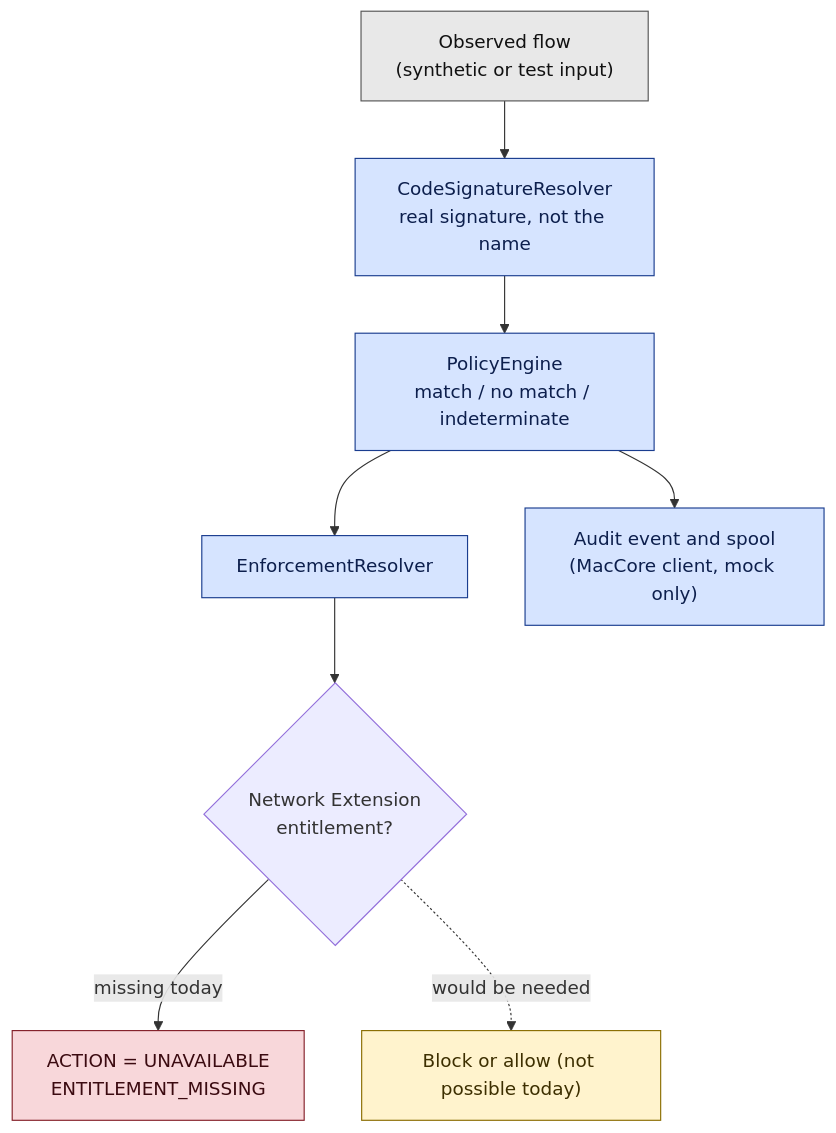
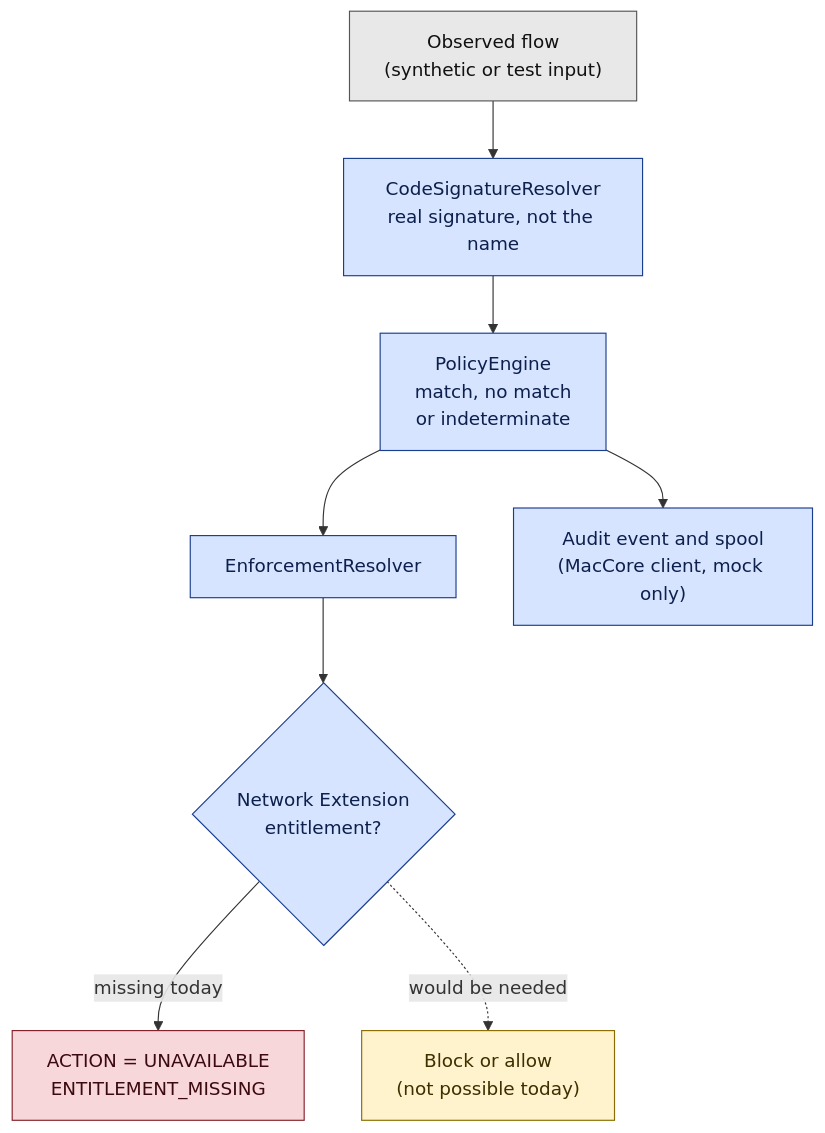
Before and after one commit to MacGuard/macguard-yara-channel: the diagram in docs/wiki/diagrams/firewall-decision.mmd, drawn with Mermaid. The commit also changed 120 other files, not shown here.

```diff
--- a/docs/wiki/diagrams/firewall-decision.mmd
+++ b/docs/wiki/diagrams/firewall-decision.mmd
@@ -1,12 +1,12 @@
 flowchart TB
   A["Observed flow<br/>(synthetic or test input)"]:::inp --> B["CodeSignatureResolver<br/>real signature, not the name"]:::ok
-  B --> C["PolicyEngine<br/>match / no match / indeterminate"]:::ok
+  B --> C["PolicyEngine<br/>match, no match<br/>or indeterminate"]:::ok
   C --> D["EnforcementResolver"]:::ok
-  D --> E{"Network Extension<br/>entitlement?"}
+  D --> E{"Network Extension<br/>entitlement?"}:::ok
   E -- "missing today" --> F["ACTION = UNAVAILABLE<br/>ENTITLEMENT_MISSING"]:::blocked
-  E -. "would be needed" .-> G["Block or allow (not possible today)"]:::plan
+  E -. "would be needed" .-> G["Block or allow<br/>(not possible today)"]:::plan
   C --> H["Audit event and spool<br/>(MacCore client, mock only)"]:::ok
   classDef inp fill:#e8e8e8,stroke:#555555,color:#111111
   classDef ok fill:#d6e4ff,stroke:#1a3d8f,color:#0d1f4d
   classDef blocked fill:#f8d7da,stroke:#842029,color:#3b0a10
   classDef plan fill:#fff3cd,stroke:#8a6d00,color:#3d2f00
```
